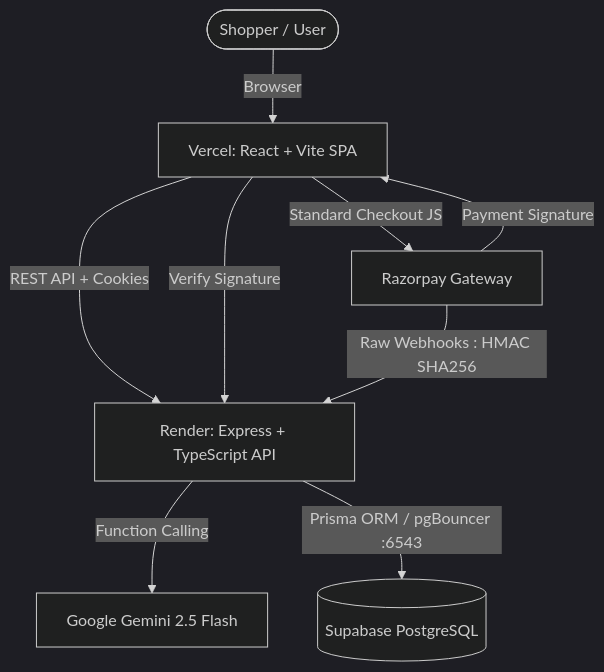
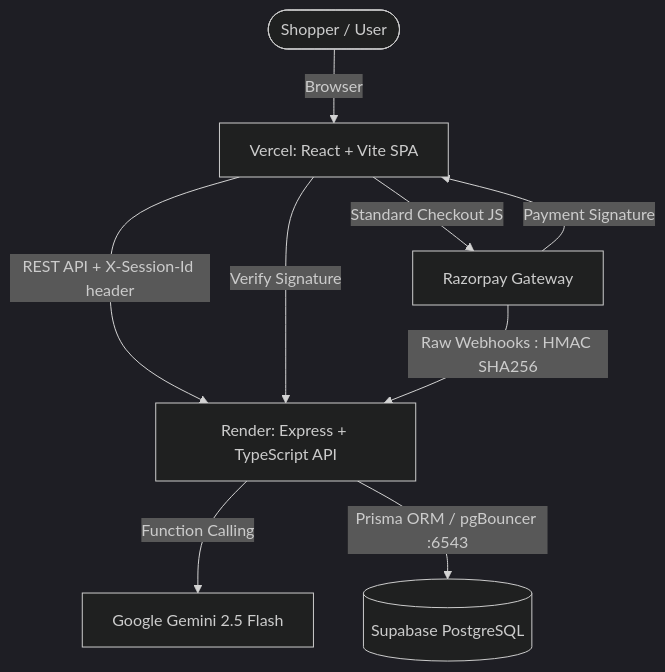
One commit to santhoshh005/PayPilot_AI changed the diagram in README.md. Above: the diagram before and after it, drawn with Mermaid (dark theme). The commit also changed other lines of this file and 1 other file, not shown here.

Commit message:
docs: update README and ignore TypeScript build info files

````diff
--- a/README.md
+++ b/README.md
@@ -43,11 +44,11 @@
 ```mermaid
 graph TD
     User([Shopper / User]) -->|Browser| Frontend[Vercel: React + Vite SPA]
-    Frontend -->|REST API + Cookies| Backend[Render: Express + TypeScript API]
+    Frontend -->|REST API + X-Session-Id header| Backend[Render: Express + TypeScript API]
     Backend -->|Function Calling| Gemini[Google Gemini 2.5 Flash]
     Backend -->|Prisma ORM / pgBouncer :6543| Supabase[(Supabase PostgreSQL)]
     Frontend -->|Standard Checkout JS| Razorpay[Razorpay Gateway]
     Razorpay -->|Payment Signature| Frontend
     Frontend -->|Verify Signature| Backend
     Razorpay -->|Raw Webhooks : HMAC SHA256| Backend
 ```
````
